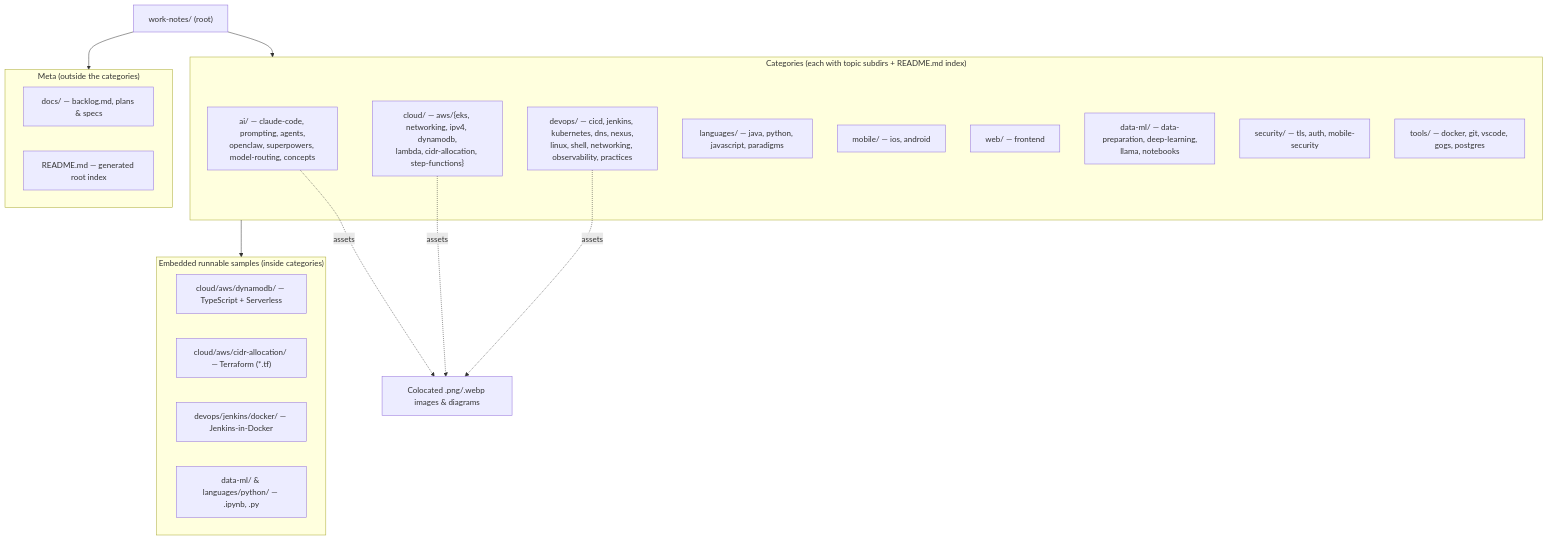
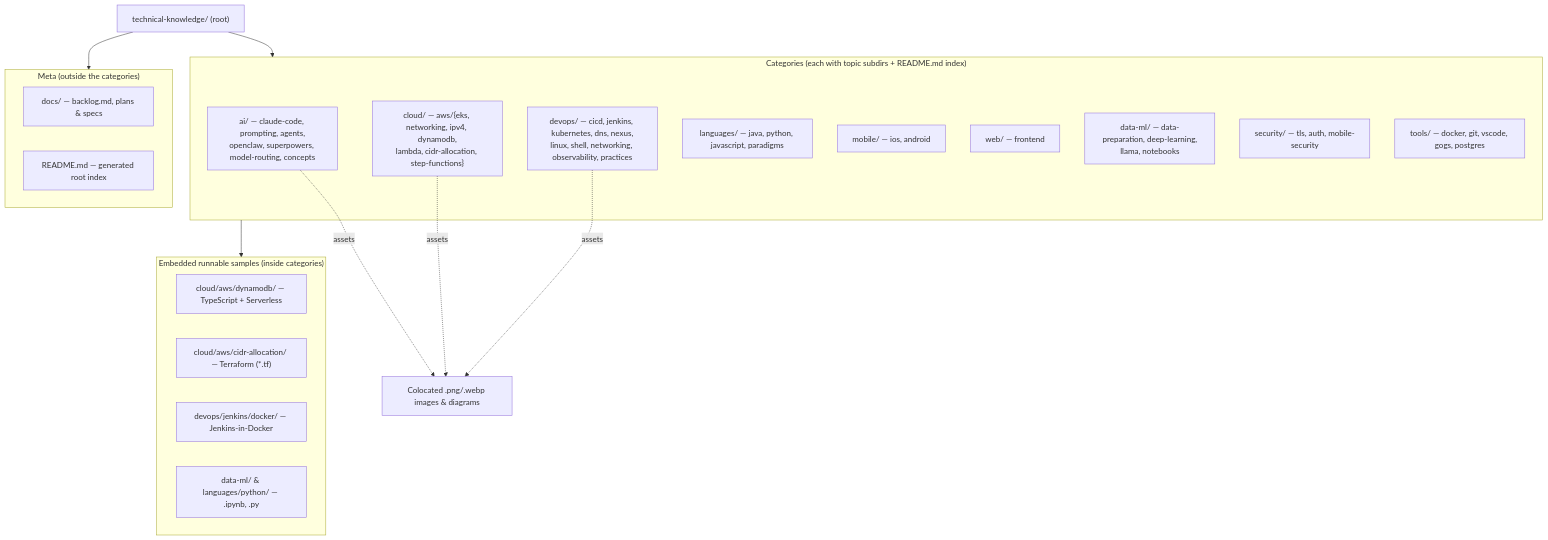
One commit to geekchow/technical-knowledge changed the diagram in CLAUDE.md. Above: the diagram before and after it, drawn with Mermaid. The commit also changed 1 other file, not shown here.

Commit message:
Rename project to technical-knowledge
Update the README heading and the CLAUDE.md architecture diagram root
label to match the new repository name.

````diff
--- a/CLAUDE.md
+++ b/CLAUDE.md
@@ -9,36 +9,36 @@
 ```mermaid
 flowchart TD
-    root["work-notes/ (root)"]
+    root["technical-knowledge/ (root)"]
 
     subgraph cats["Categories (each with topic subdirs + README.md index)"]
         AI["ai/ — claude-code, prompting, agents,<br/>openclaw, superpowers, model-routing, concepts"]
         Cloud["cloud/ — aws/{eks, networking, ipv4, dynamodb,<br/>lambda, cidr-allocation, step-functions}"]
         DevOps["devops/ — cicd, jenkins, kubernetes, dns, nexus,<br/>linux, shell, networking, observability, practices"]
         Lang["languages/ — java, python, javascript, paradigms"]
         Mobile["mobile/ — ios, android"]
         Web["web/ — frontend"]
         DataML["data-ml/ — data-preparation, deep-learning,<br/>llama, notebooks"]
         Sec["security/ — tls, auth, mobile-security"]
         Tools["tools/ — docker, git, vscode, gogs, postgres"]
     end
 
     subgraph tooling["Meta (outside the categories)"]
         Docs["docs/ — backlog.md, plans & specs"]
         Index["README.md — generated root index"]
     end
 
     subgraph code["Embedded runnable samples (inside categories)"]
         DDB["cloud/aws/dynamodb/ — TypeScript + Serverless"]
         CIDR["cloud/aws/cidr-allocation/ — Terraform (*.tf)"]
         Jenkins["devops/jenkins/docker/ — Jenkins-in-Docker"]
         Notebooks["data-ml/ & languages/python/ — .ipynb, .py"]
     end
 
     root --> cats
     root --> tooling
     cats --> code
 
     AI -.assets.-> Assets["Colocated .png/.webp images & diagrams"]
     Cloud -.assets.-> Assets
     DevOps -.assets.-> Assets
 ```
````
